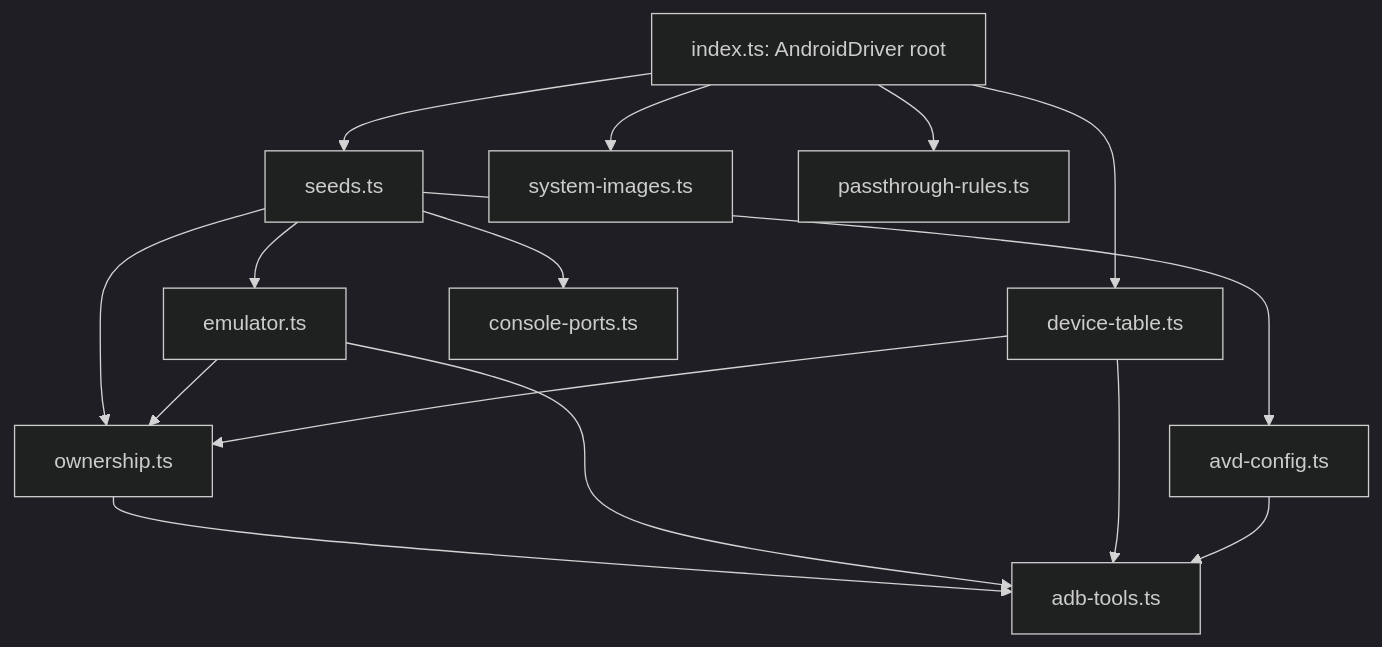
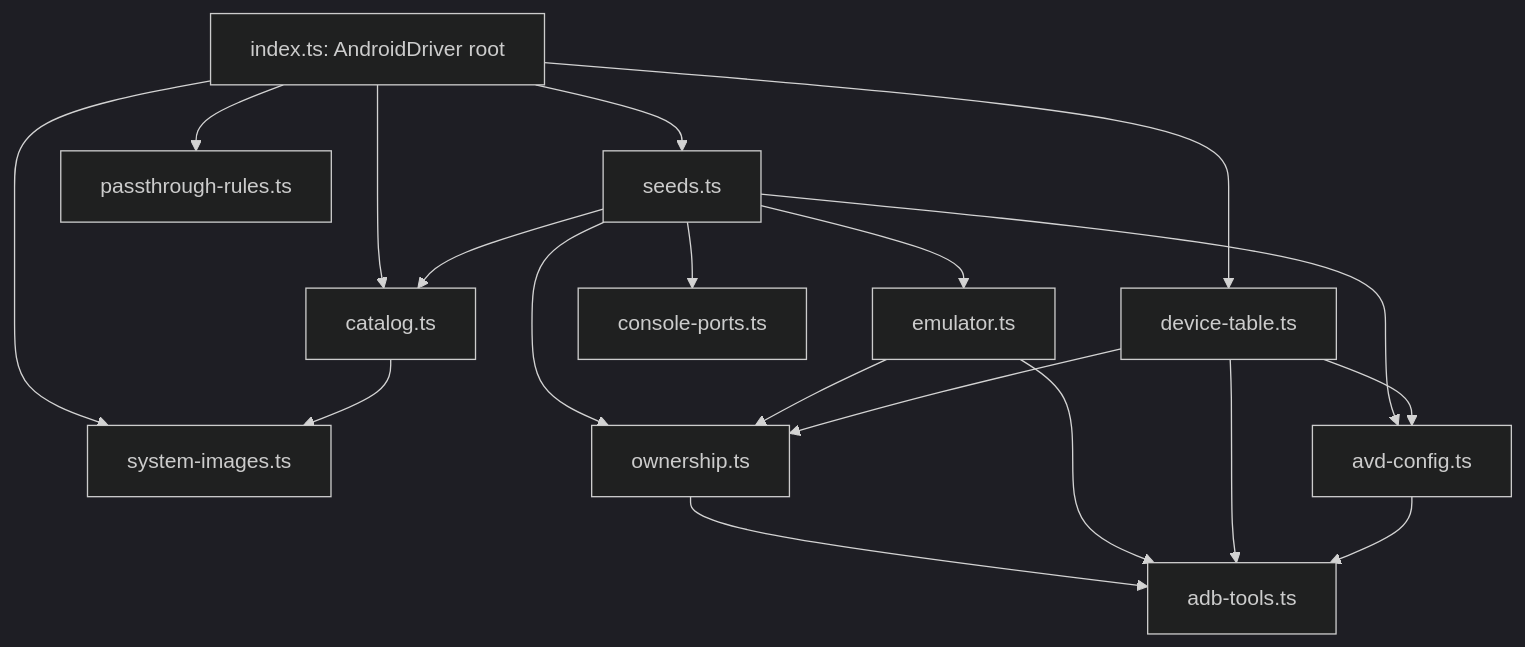
Before and after one commit to callstackincubator/simlock: the second of 2 diagrams in docs/internal/adr/0063-a-big-module-is-one-composition-root-over-parts-that-own-their-state.md, drawn with Mermaid (dark theme). The commit also changed other lines of this file, not shown here.

Commit message:
docs(adr): 0063 adds the catalog part, three-way ownership answer, visible list raises (#1259)

````diff
--- a/docs/internal/adr/0063-a-big-module-is-one-composition-root-over-parts-that-own-their-state.md
+++ b/docs/internal/adr/0063-a-big-module-is-one-composition-root-over-parts-that-own-their-state.md
@@ -103,17 +105,21 @@
 ```mermaid
 flowchart TD
   R["index.ts: AndroidDriver root"] --> SD[seeds.ts]
   R --> DT[device-table.ts]
   R --> SI[system-images.ts]
   R --> PR[passthrough-rules.ts]
+  R --> CA[catalog.ts]
+  CA --> SI
+  SD --> CA
   SD --> EM[emulator.ts]
   SD --> AC[avd-config.ts]
   SD --> CP[console-ports.ts]
   SD --> OW[ownership.ts]
   EM --> OW
   DT --> OW
   OW --> T[adb-tools.ts]
   EM --> T
   DT --> T
+  DT --> AC
   AC --> T
 ```
````
